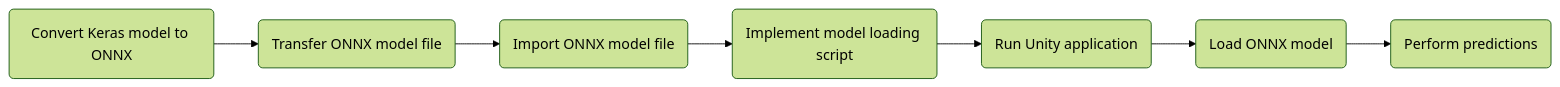
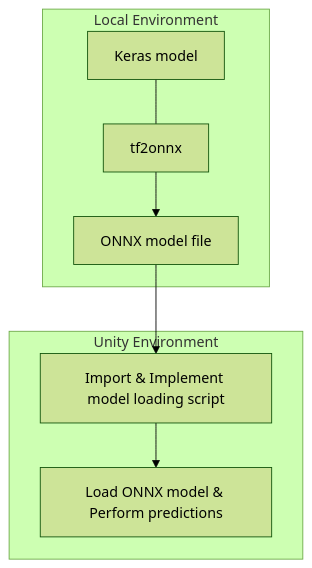
The diagram in README.md (AppleBoiy/UnityONNX), drawn with Mermaid (forest theme) before and after one commit.

````diff
--- a/README.md
+++ b/README.md
@@ -3,9 +3,11 @@
 ```mermaid
-graph LR;
-    A(Convert Keras model to ONNX) --> B(Transfer ONNX model file);
-        B --> C(Import ONNX model file);
-        C --> D(Implement model loading script);
-        D --> E(Run Unity application);
-        E --> F(Load ONNX model);
-        F --> G(Perform predictions);    
+flowchart TD;
+    subgraph Local Environment
+        A[Keras model] --- tf2onnx --> B[ONNX model file]
+    end
+    
+
+    subgraph Unity Environment
+        B --> C[Import & Implement model loading script] --> D[Load ONNX model & Perform predictions]
+    end
 ```
````
